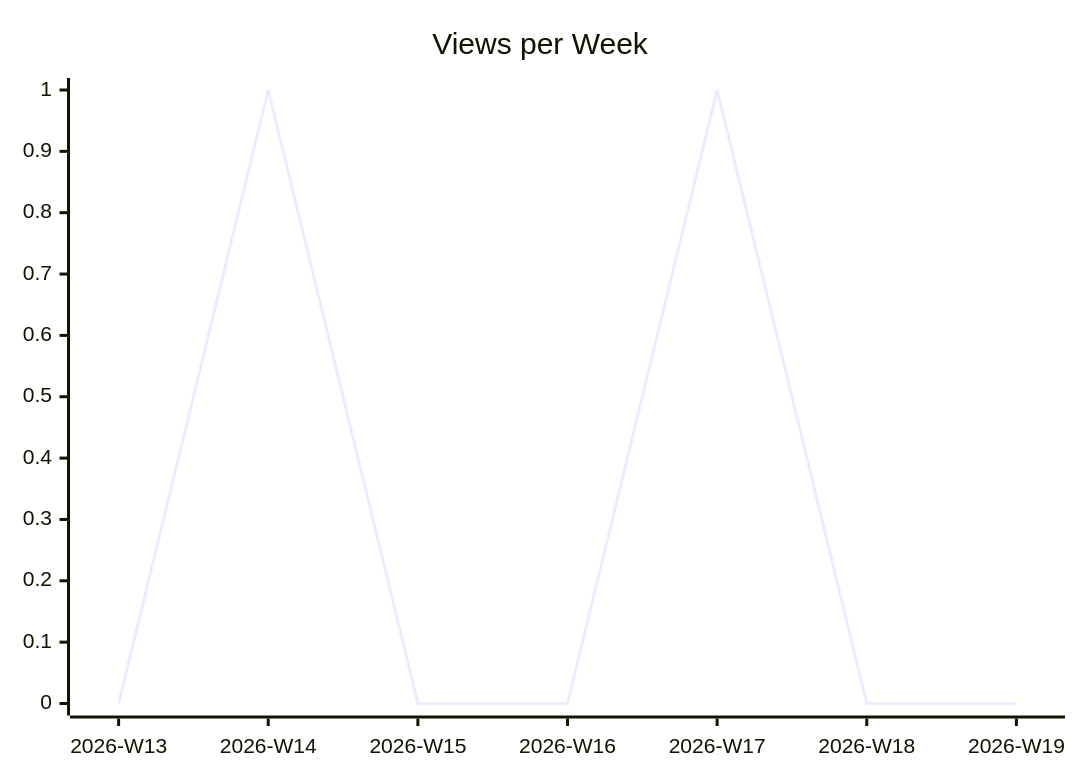
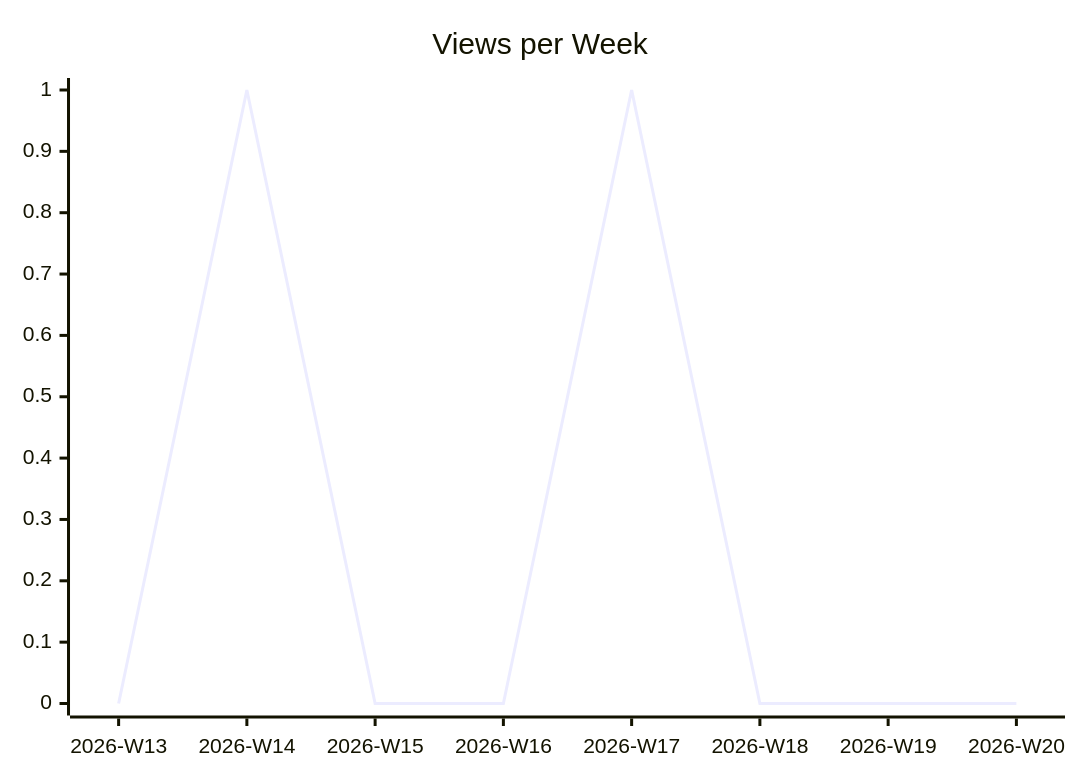
The second of 3 diagrams in karlmdavis/todoist-ai/README.md (justdavis-family/github-analytics-data), drawn with Mermaid before and after one commit. The commit also changed other lines of this file and 176 other files, not shown here.

````diff
--- a/karlmdavis/todoist-ai/README.md
+++ b/karlmdavis/todoist-ai/README.md
@@ -12,6 +12,6 @@
 ```mermaid
 xychart-beta
   title "Views per Week"
-  x-axis ["2026-W13", "2026-W14", "2026-W15", "2026-W16", "2026-W17", "2026-W18", "2026-W19"]
-  line [0, 1, 0, 0, 1, 0, 0]
+  x-axis ["2026-W13", "2026-W14", "2026-W15", "2026-W16", "2026-W17", "2026-W18", "2026-W19", "2026-W20"]
+  line [0, 1, 0, 0, 1, 0, 0, 0]
 ```
````
